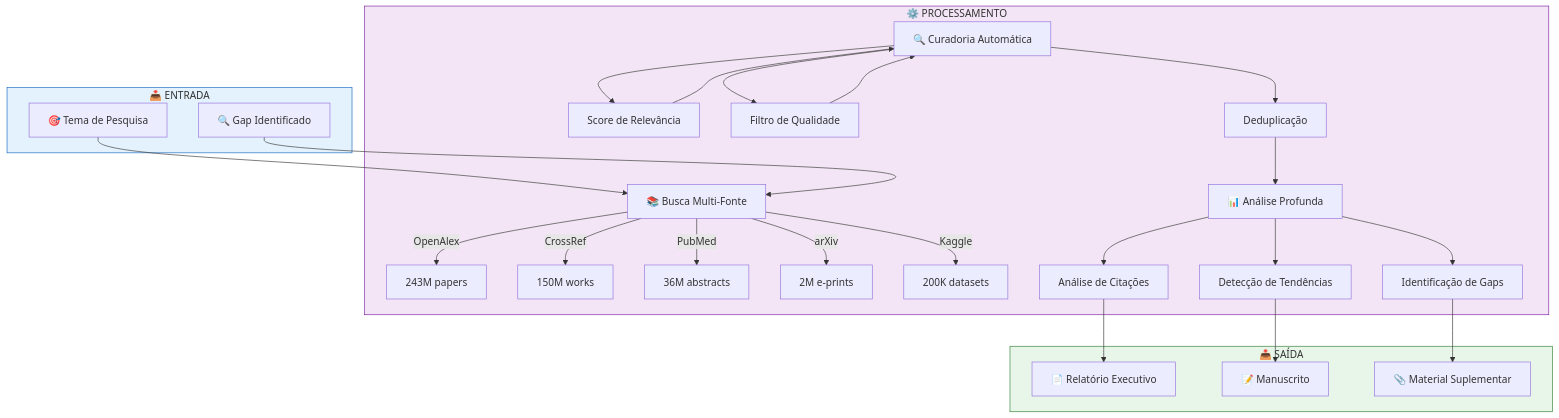
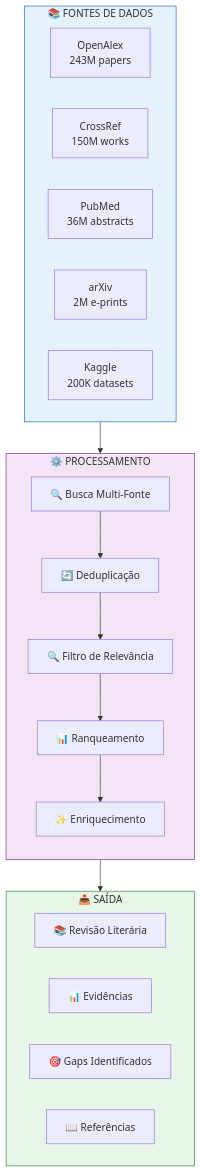
One commit to MarceloClaro/opencode-ecosystem-core changed diagram 15 of 22 in README.md. Above: the diagram before and after it, drawn with Mermaid. The commit also changed other lines of this file, not shown here.

````diff
--- a/README.md
+++ b/README.md
@@ -403,45 +1020,39 @@
 ```mermaid
 flowchart TD
-    subgraph INPUT ["📥 ENTRADA"]
-        TOPIC["🎯 Tema de Pesquisa"]
-        GAP["🔍 Gap Identificado"]
+    subgraph SOURCES ["📚 FONTES DE DADOS"]
+        direction LR
+        OA3["OpenAlex\n243M papers"]
+        CR3["CrossRef\n150M works"]
+        PM3["PubMed\n36M abstracts"]
+        AR3["arXiv\n2M e-prints"]
+        KG3["Kaggle\n200K datasets"]
     end
 
-    subgraph PROCESS ["⚙️ PROCESSAMENTO"]
-        SEARCH["📚 Busca Multi-Fonte"]
-        SEARCH -->|"OpenAlex"| OA["243M papers"]
-        SEARCH -->|"CrossRef"| CR["150M works"]
-        SEARCH -->|"PubMed"| PM["36M abstracts"]
-        SEARCH -->|"arXiv"| AR["2M e-prints"]
-        SEARCH -->|"Kaggle"| KG["200K datasets"]
-
-        CURATE["🔍 Curadoria Automática"]
-        CURATE --> RELEVANCE["Score de Relevância"]
-        CURATE --> QUALITY["Filtro de Qualidade"]
-        CURATE --> DEDUP["Deduplicação"]
-
-        ANALYZE["📊 Análise Profunda"]
-        ANALYZE --> CITATION["Análise de Citações"]
-        ANALYZE --> TREND["Detecção de Tendências"]
-        ANALYZE --> GAP2["Identificação de Gaps"]
+    subgraph PROCESS3 ["⚙️ PROCESSAMENTO"]
+        direction TB
+        SEARCH3["🔍 Busca Multi-Fonte"]
+        DEDUP2["🔄 Deduplicação"]
+        FILTER2["🔍 Filtro de Relevância"]
+        RANK2["📊 Ranqueamento"]
+        ENRICH2["✨ Enriquecimento"]
     end
 
-    subgraph OUTPUT ["📤 SAÍDA"]
-        REPORT["📄 Relatório Executivo"]
-        MANUSCRIPT["📝 Manuscrito"]
-        SUPPLEMENT["📎 Material Suplementar"]
+    subgraph OUTPUT4 ["📤 SAÍDA"]
+        direction LR
+        LIT["📚 Revisão Literária"]
+        EVID["📊 Evidências"]
+        GAP3["🎯 Gaps Identificados"]
+        REF["📖 Referências"]
     end
 
-    TOPIC --> SEARCH
-    GAP --> SEARCH
-    RELEVANCE --> CURATE
-    QUALITY --> CURATE
-    DEDUP --> ANALYZE
-    CITATION --> REPORT
-    TREND --> MANUSCRIPT
-    GAP2 --> SUPPLEMENT
+    SOURCES --> SEARCH3
+    SEARCH3 --> DEDUP2
+    DEDUP2 --> FILTER2
+    FILTER2 --> RANK2
+    RANK2 --> ENRICH2
+    ENRICH2 --> OUTPUT4
 
-    style INPUT fill:#e3f2fd,stroke:#1565c0
-    style PROCESS fill:#f3e5f5,stroke:#7b1fa2
-    style OUTPUT fill:#e8f5e9,stroke:#2e7d32
+    style SOURCES fill:#e3f2fd,stroke:#1565c0
+    style PROCESS3 fill:#f3e5f5,stroke:#7b1fa2
+    style OUTPUT4 fill:#e8f5e9,stroke:#2e7d32
 ```
````
